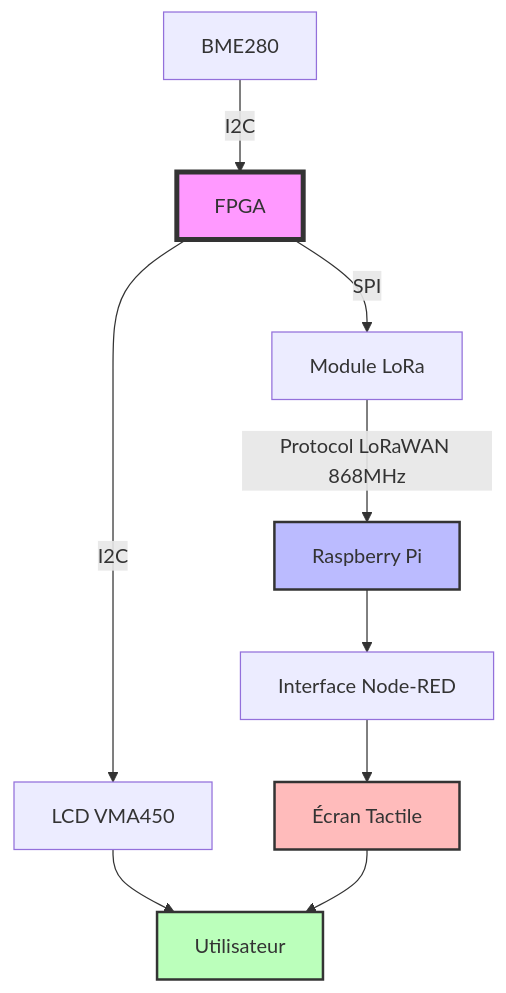
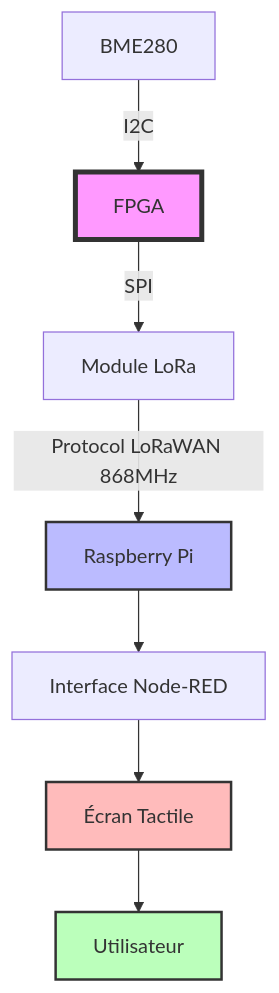
One commit to schwanstern/Station-Meteo-VHDL changed the diagram in README.md. Above: the diagram before and after it, drawn with Mermaid. The commit also changed other lines of this file, not shown here.

````diff
--- a/README.md
+++ b/README.md
@@ -32,16 +29,14 @@
 ``` mermaid
 graph TD
     B["BME280"] -->|"I2C"| A["FPGA"]
-    A -->|"I2C"| C["LCD VMA450"]
     A -->|"SPI"| D["Module LoRa"]
     D -->|"Protocol LoRaWAN 868MHz"| E["Raspberry Pi"]
     E --> F["Interface Node-RED"]
-    C --> G["Utilisateur"]
     F --> H["Écran Tactile"]
     H --> G["Utilisateur"]
     
     style A fill:#f9f,stroke:#333,stroke-width:4px
     style E fill:#bbf,stroke:#333,stroke-width:2px
     style G fill:#bfb,stroke:#333,stroke-width:2px
     style H fill:#fbb,stroke:#333,stroke-width:2px
 ```
````
